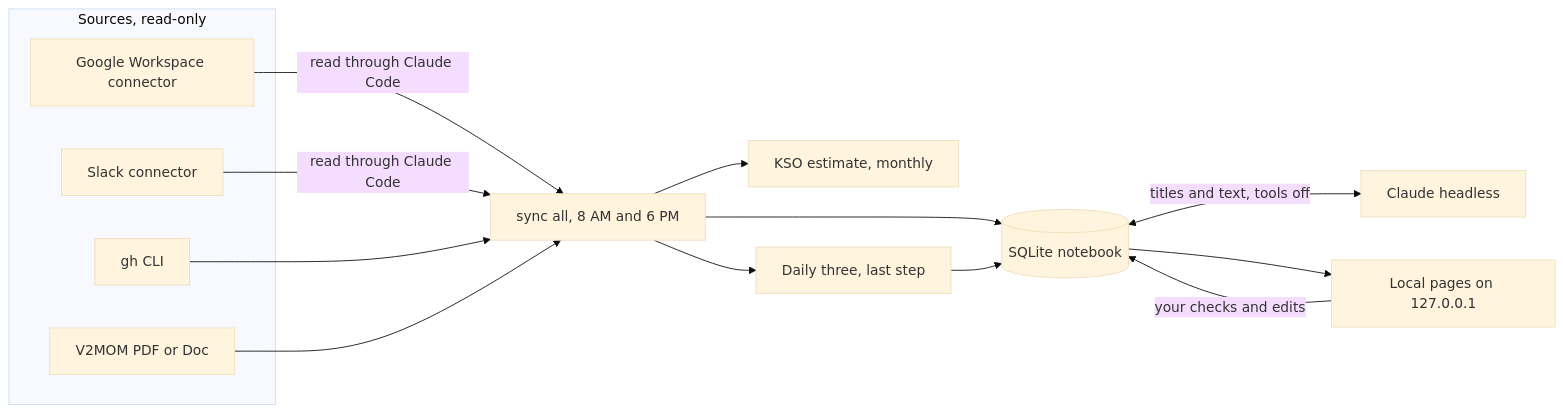
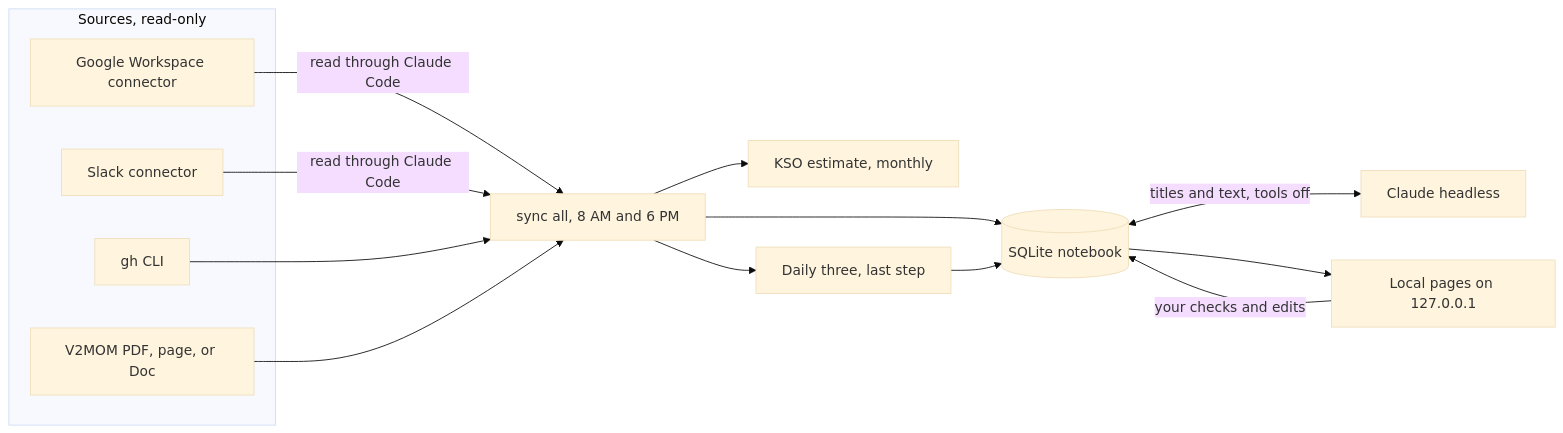
The diagram in docs/TECHNICAL.md (jtetzelSFDC/coffeeshop), drawn with Mermaid (base theme) before and after one commit. The commit also changed other lines of this file and 18 other files, not shown here.

First line of the commit message:
Prefer AI Expert Suite servers, connect a V2MOM page by URL, record a GUS probe

````diff
--- a/docs/TECHNICAL.md
+++ b/docs/TECHNICAL.md
@@ -40,18 +40,18 @@
 ```mermaid
 flowchart LR
   subgraph sources [Sources, read-only]
     gw[Google Workspace connector]
     sl[Slack connector]
     gh[gh CLI]
-    vm[V2MOM PDF or Doc]
+    vm[V2MOM PDF, page, or Doc]
   end
   gw & sl -->|"read through Claude Code"| sync[sync all, 8 AM and 6 PM]
   gh & vm --> sync
   sync --> db[(SQLite notebook)]
   db <-->|"titles and text, tools off"| claude[Claude headless]
   db --> pages[Local pages on 127.0.0.1]
   pages -->|"your checks and edits"| db
   sync --> kso[KSO estimate, monthly]
   sync --> daily[Daily three, last step]
   daily --> db
 ```
````
